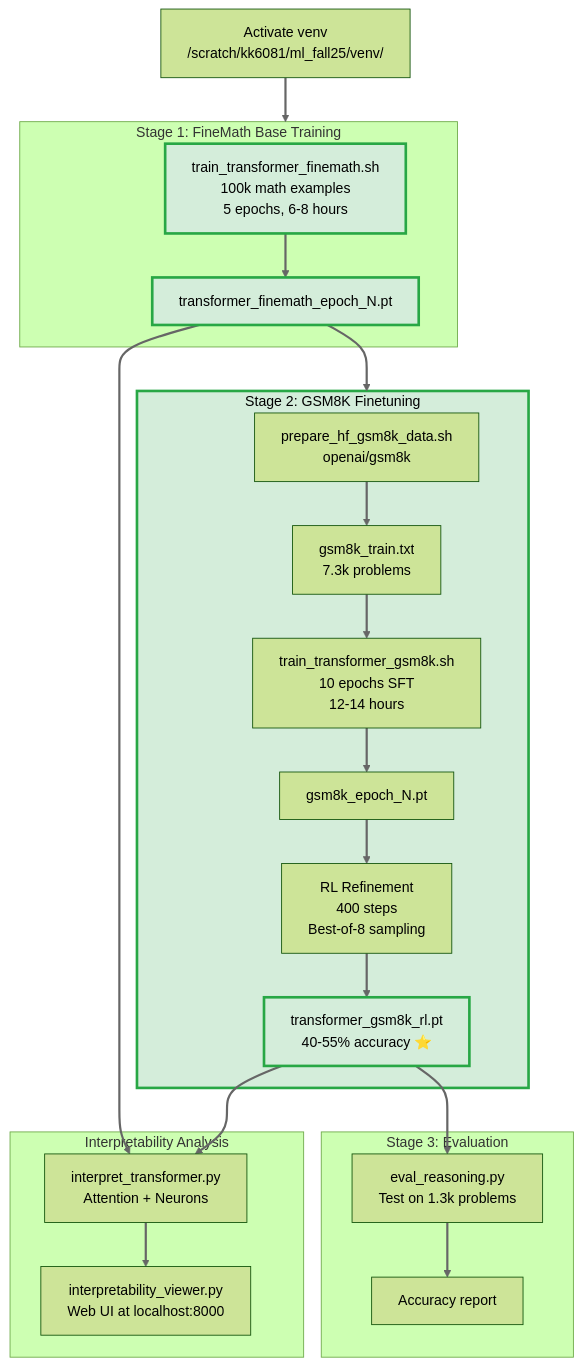
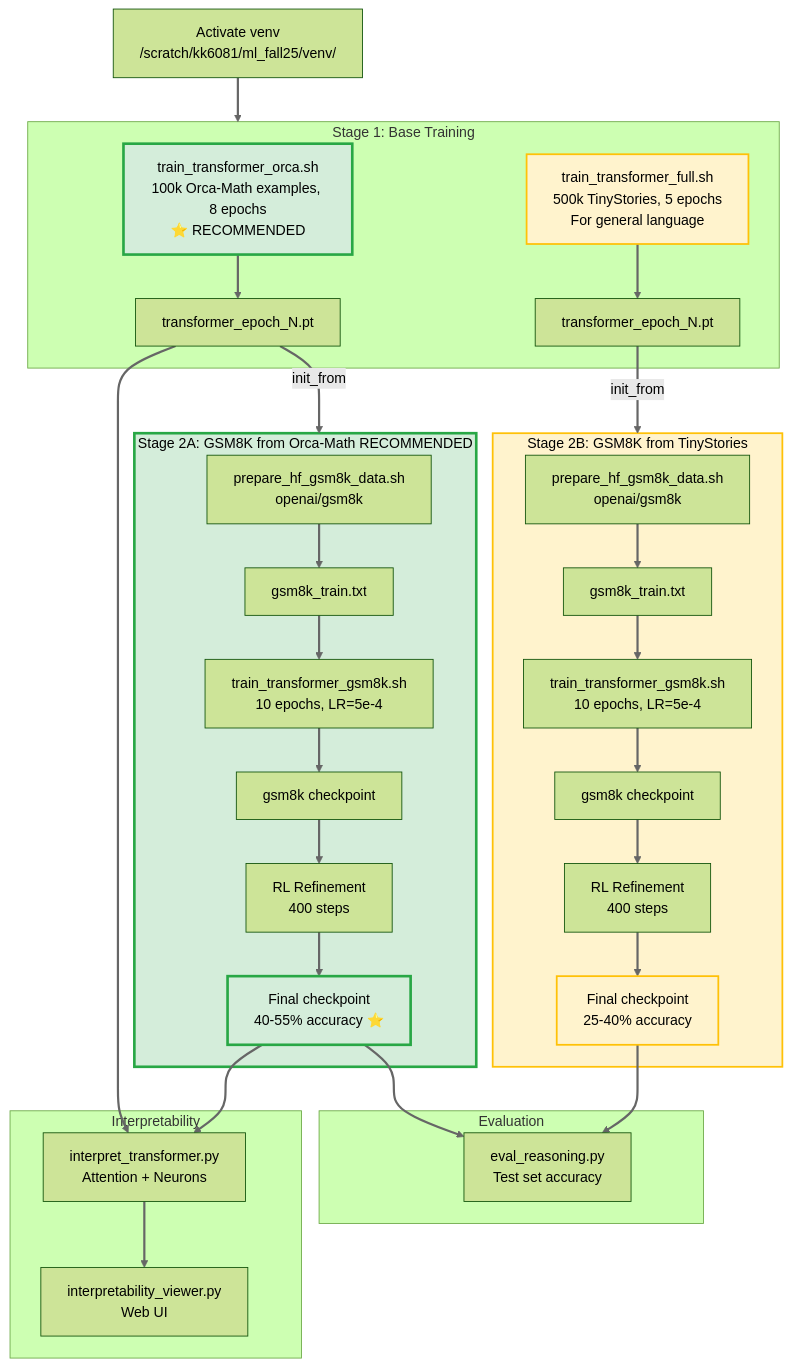
Before and after one commit to FruitPnchSamuraiG/pico-llm: the diagram in README.md, drawn with Mermaid (forest theme). The commit also changed other lines of this file and 8 other files, not shown here.

````diff
--- a/README.md
+++ b/README.md
@@ -9,40 +10,53 @@
 ```mermaid
 flowchart TD
   VENV[Activate venv<br/>/scratch/kk6081/ml_fall25/venv/] --> BASE
 
-  subgraph BASE["Stage 1: FineMath Base Training"]
-    FINEMATH[train_transformer_finemath.sh<br/>100k math examples<br/>5 epochs, 6-8 hours]
-    FINEMATH --> CKPT[transformer_finemath_epoch_N.pt]
+  subgraph BASE["Stage 1: Base Training"]
+    ORCA[train_transformer_orca.sh<br/>100k Orca-Math examples, 8 epochs<br/>⭐ RECOMMENDED]
+    TFULL[train_transformer_full.sh<br/>500k TinyStories, 5 epochs<br/>For general language]
+    ORCA --> CKPT_MATH[transformer_epoch_N.pt]
+    TFULL --> CKPT_STORY[transformer_epoch_N.pt]
   end
 
-  CKPT --> GSM
+  CKPT_MATH -->|init_from| GSM_MATH
+  CKPT_STORY -->|init_from| GSM_STORY
 
-  subgraph GSM["Stage 2: GSM8K Finetuning"]
-    PREP[prepare_hf_gsm8k_data.sh<br/>openai/gsm8k] --> FILES[gsm8k_train.txt<br/>7.3k problems]
-    FILES --> SFT[train_transformer_gsm8k.sh<br/>10 epochs SFT<br/>12-14 hours]
-    SFT --> SFTCKPT[gsm8k_epoch_N.pt]
-    SFTCKPT --> RL[RL Refinement<br/>400 steps<br/>Best-of-8 sampling]
-    RL --> FINAL[transformer_gsm8k_rl.pt<br/>40-55% accuracy ⭐]
+  subgraph GSM_MATH["Stage 2A: GSM8K from Orca-Math RECOMMENDED"]
+    PREP_MATH[prepare_hf_gsm8k_data.sh<br/>openai/gsm8k] --> FILES_MATH[gsm8k_train.txt]
+    FILES_MATH --> SFT_MATH[train_transformer_gsm8k.sh<br/>10 epochs, LR=5e-4]
+    SFT_MATH --> SFT_CKPT_MATH[gsm8k checkpoint]
+    SFT_CKPT_MATH --> RL_MATH[RL Refinement<br/>400 steps]
+    RL_MATH --> FINAL_MATH[Final checkpoint<br/>40-55% accuracy ⭐]
   end
 
-  subgraph EVAL["Stage 3: Evaluation"]
-    E1[eval_reasoning.py<br/>Test on 1.3k problems]
-    E1 --> RESULTS[Accuracy report]
+  subgraph GSM_STORY["Stage 2B: GSM8K from TinyStories"]
+    PREP_STORY[prepare_hf_gsm8k_data.sh<br/>openai/gsm8k] --> FILES_STORY[gsm8k_train.txt]
+    FILES_STORY --> SFT_STORY[train_transformer_gsm8k.sh<br/>10 epochs, LR=5e-4]
+    SFT_STORY --> SFT_CKPT_STORY[gsm8k checkpoint]
+    SFT_CKPT_STORY --> RL_STORY[RL Refinement<br/>400 steps]
+    RL_STORY --> FINAL_STORY[Final checkpoint<br/>25-40% accuracy]
   end
 
-  FINAL --> E1
-
-  subgraph INTERP["Interpretability Analysis"]
-    IT[interpret_transformer.py<br/>Attention + Neurons]
-    IT --> VIEW[interpretability_viewer.py<br/>Web UI at localhost:8000]
+  subgraph EVAL["Evaluation"]
+    E1[eval_reasoning.py<br/>Test set accuracy]
   end
 
-  CKPT --> IT
-  FINAL --> IT
+  FINAL_MATH --> E1
+  FINAL_STORY --> E1
+
+  subgraph INTERP["Interpretability"]
+    IT[interpret_transformer.py<br/>Attention + Neurons]
+    IT --> VIEW[interpretability_viewer.py<br/>Web UI]
+  end
+
+  CKPT_MATH --> IT
+  FINAL_MATH --> IT
 
   classDef recommended fill:#d4edda,stroke:#28a745,stroke-width:3px,color:#000
+  classDef alternative fill:#fff3cd,stroke:#ffc107,stroke-width:2px,color:#000
   
-  class FINEMATH,CKPT,GSM,FINAL recommended
+  class ORCA,GSM_MATH,FINAL_MATH recommended
+  class TFULL,GSM_STORY,FINAL_STORY alternative
   
   linkStyle default stroke:#666,stroke-width:2.5px
 ```
````
